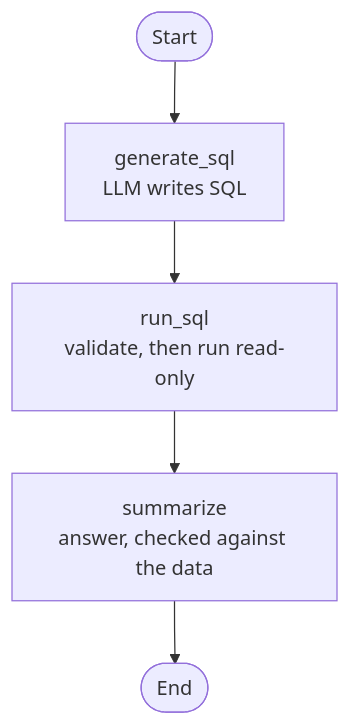
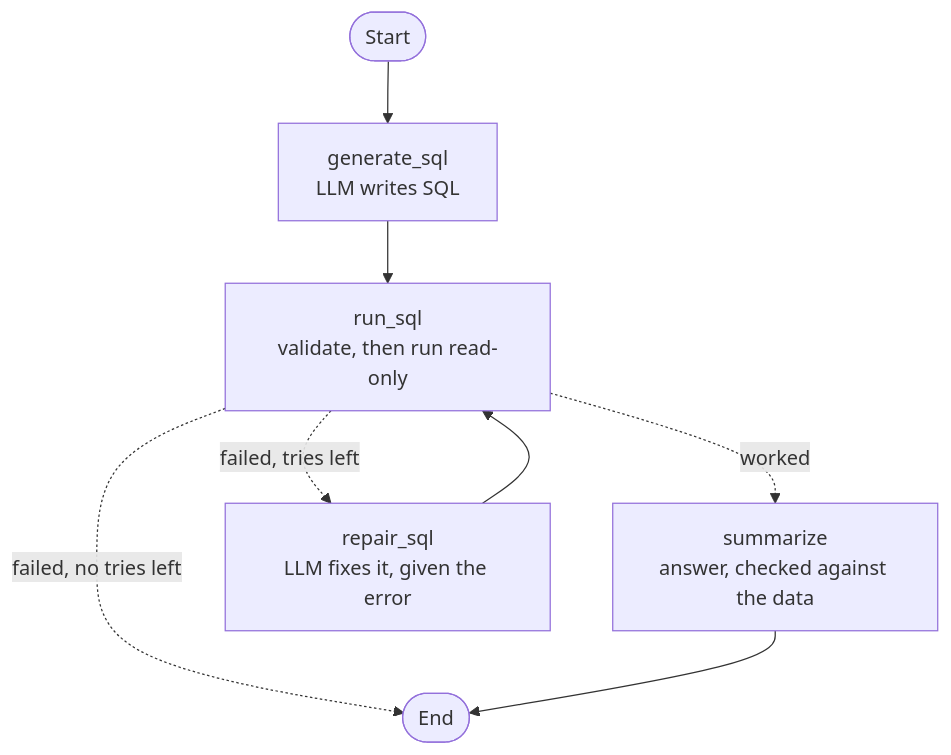
The diagram in README.md (Mohamed-Dahy/querymind), drawn with Mermaid before and after one commit. The commit also changed other lines of this file and 15 other files, not shown here.

````diff
--- a/README.md
+++ b/README.md
@@ -27,7 +29,10 @@
 ```mermaid
 graph TD;
     start([Start]) --> generate_sql;
     generate_sql["generate_sql<br/>LLM writes SQL"] --> run_sql;
-    run_sql["run_sql<br/>validate, then run read-only"] --> summarize;
-    summarize["summarize<br/>answer, checked against the data"] --> done([End]);
+    run_sql["run_sql<br/>validate, then run read-only"] -. worked .-> summarize;
+    run_sql -. failed, tries left .-> repair_sql;
+    run_sql -. failed, no tries left .-> done([End]);
+    repair_sql["repair_sql<br/>LLM fixes it, given the error"] --> run_sql;
+    summarize["summarize<br/>answer, checked against the data"] --> done;
 ```
````
